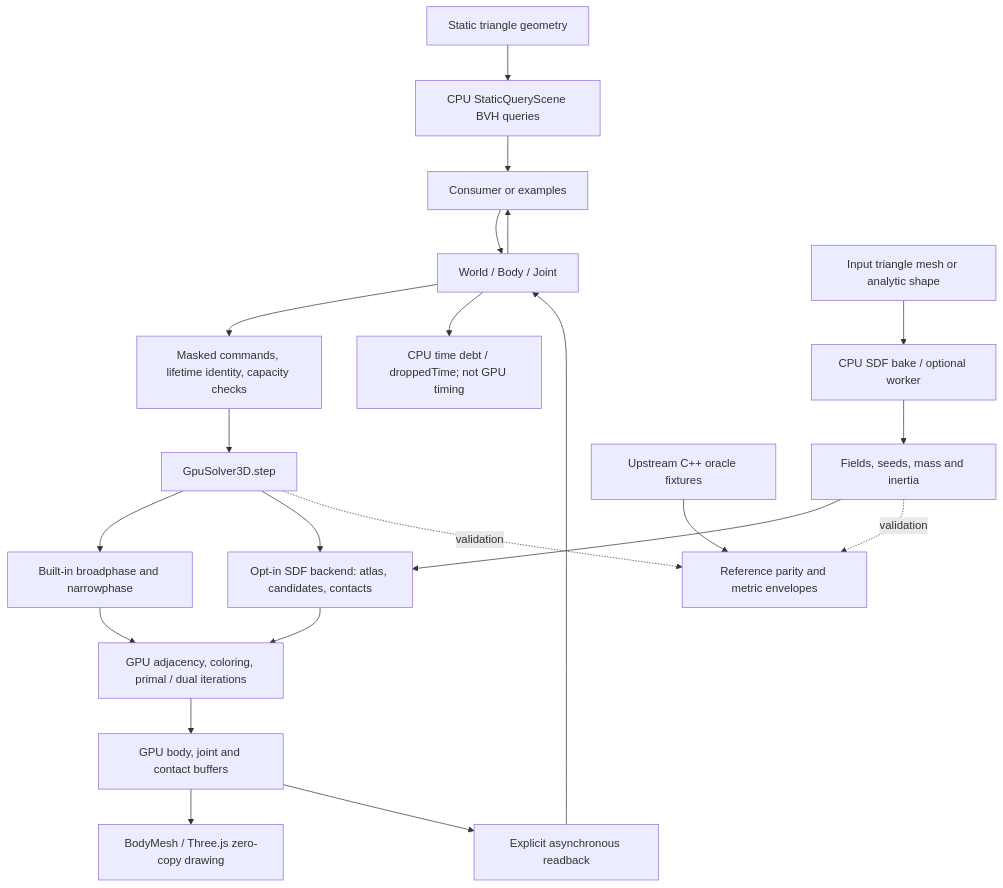
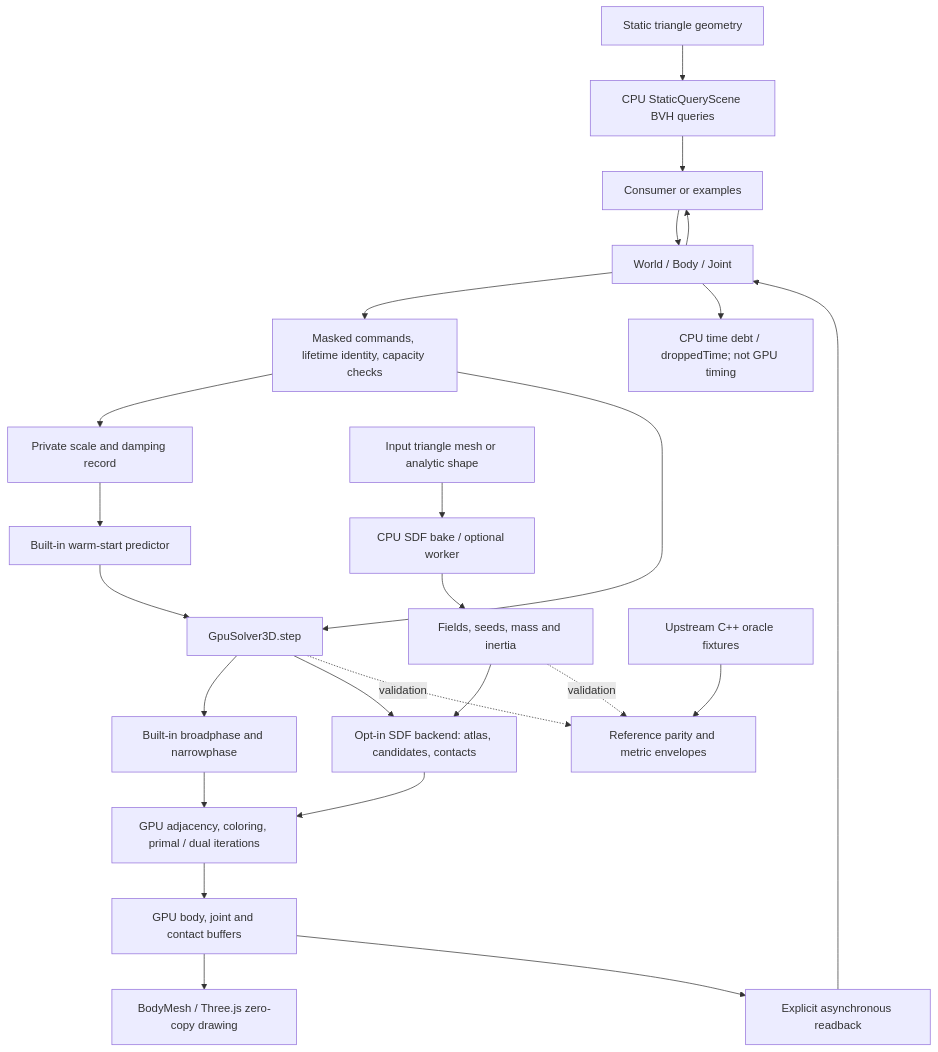
Before and after one commit to sbobyn/three-avbd: the first of 10 diagrams in docs/API.md, drawn with Mermaid. The commit also changed other lines of this file and 18 other files, not shown here.

````diff
--- a/docs/API.md
+++ b/docs/API.md
@@ -24,24 +24,27 @@
 ```mermaid
 flowchart TD
   App[Consumer or examples] --> World[World / Body / Joint]
   World --> Commands[Masked commands, lifetime identity, capacity checks]
   World --> TimeDebt[CPU time debt / droppedTime; not GPU timing]
+  Commands --> Aux[Private scale and damping record]
+  Aux --> Integrate[Built-in warm-start predictor]
+  Integrate --> Solver
   Commands --> Solver[GpuSolver3D.step]
   Solver --> Collision[Built-in broadphase and narrowphase]
   Mesh[Input triangle mesh or analytic shape] --> Bake[CPU SDF bake / optional worker]
   Bake --> Fields[Fields, seeds, mass and inertia]
   Fields --> SDF[Opt-in SDF backend: atlas, candidates, contacts]
   Solver --> SDF
   Collision --> Solve[GPU adjacency, coloring, primal / dual iterations]
   SDF --> Solve
   Solve --> Buffers[GPU body, joint and contact buffers]
   Buffers --> Draw[BodyMesh / Three.js zero-copy drawing]
   Buffers --> Read[Explicit asynchronous readback]
   Read --> World
   World --> App
   Static[Static triangle geometry] --> Queries[CPU StaticQueryScene BVH queries]
   Queries --> App
   Oracle[Upstream C++ oracle fixtures] --> Tests[Reference parity and metric envelopes]
   Solver -. validation .-> Tests
   Fields -. validation .-> Tests
 ```
````
